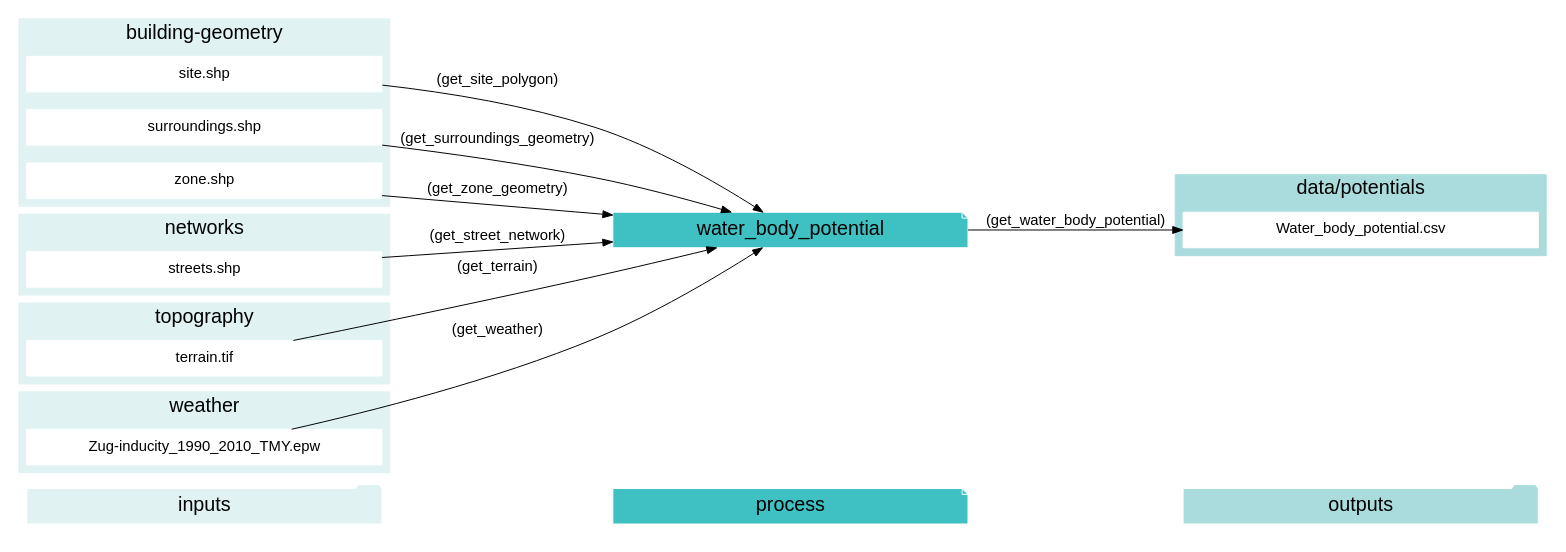
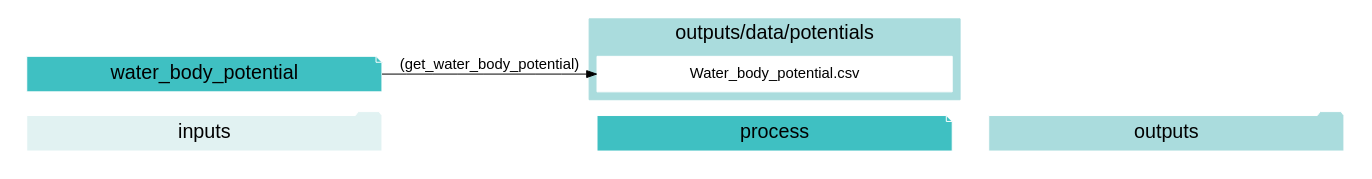
The tenth of 23 diagrams in docs/script-data-flow.rst (architecture-building-systems/CityEnergyAnalyst), drawn with Graphviz before and after one commit. The commit also changed other lines of this file and 25 other files, not shown here.

Commit message:
cleaning up cea-doc graphviz

```diff
--- a/docs/script-data-flow.rst
+++ b/docs/script-data-flow.rst
@@ -887,68 +645,28 @@
 .. graphviz::
 
-    digraph trace_inputlocator {
+    digraph water_body_potential {
     rankdir="LR";
     graph [overlap=false, fontname=arial];
     node [shape=box, style=filled, color=white, fontsize=15, fontname=arial, fixedsize=true, width=5];
     edge [fontname=arial, fontsize = 15]
     newrank=true
     subgraph cluster_legend {
     fontsize=25
     style=invis
     "process"[style=filled, fillcolor="#3FC0C2", shape=note, fontsize=20, fontname="arial"]
     "inputs" [style=filled, shape=folder, color=white, fillcolor="#E1F2F2", fontsize=20]
     "outputs"[style=filled, shape=folder, color=white, fillcolor="#aadcdd", fontsize=20]
     "inputs"->"process"[style=invis]
     "process"->"outputs"[style=invis]
     }
     "water_body_potential"[style=filled, color=white, fillcolor="#3FC0C2", shape=note, fontsize=20, fontname=arial];
-    subgraph cluster_0_in {
-        style = filled;
-        color = "#E1F2F2";
-        fontsize = 20;
-        rank=same;
-        label="building-geometry";
-        "site.shp"
-        "surroundings.shp"
-        "zone.shp"
-    }
-    subgraph cluster_1_out {
+    subgraph cluster_0_out {
         style = filled;
         color = "#aadcdd";
         fontsize = 20;
         rank=same;
-        label="data/potentials";
+        label="outputs/data/potentials";
         "Water_body_potential.csv"
     }
-    subgraph cluster_2_in {
-        style = filled;
-        color = "#E1F2F2";
-        fontsize = 20;
-        rank=same;
-        label="networks";
-        "streets.shp"
-    }
-    subgraph cluster_3_in {
-        style = filled;
-        color = "#E1F2F2";
-        fontsize = 20;
-        rank=same;
-        label="topography";
-        "terrain.tif"
-    }
-    subgraph cluster_4_in {
-        style = filled;
-        color = "#E1F2F2";
-        fontsize = 20;
-        rank=same;
-        label="weather";
-        "Zug-inducity_1990_2010_TMY.epw"
-    }
-    "site.shp" -> "water_body_potential"[label="(get_site_polygon)"]
-    "streets.shp" -> "water_body_potential"[label="(get_street_network)"]
-    "surroundings.shp" -> "water_body_potential"[label="(get_surroundings_geometry)"]
-    "terrain.tif" -> "water_body_potential"[label="(get_terrain)"]
-    "Zug-inducity_1990_2010_TMY.epw" -> "water_body_potential"[label="(get_weather)"]
-    "zone.shp" -> "water_body_potential"[label="(get_zone_geometry)"]
     "water_body_potential" -> "Water_body_potential.csv"[label="(get_water_body_potential)"]
     }
```
